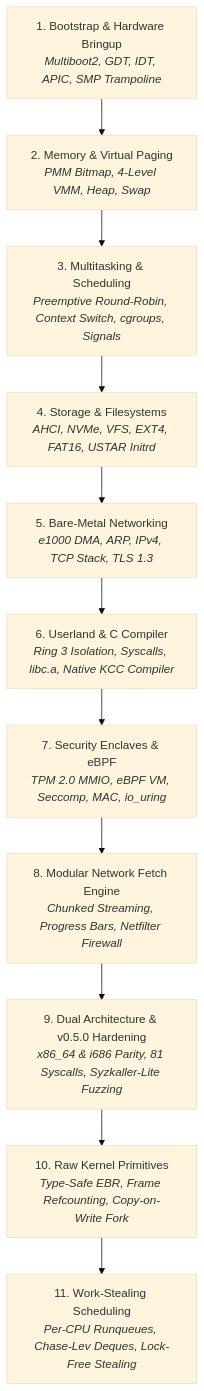
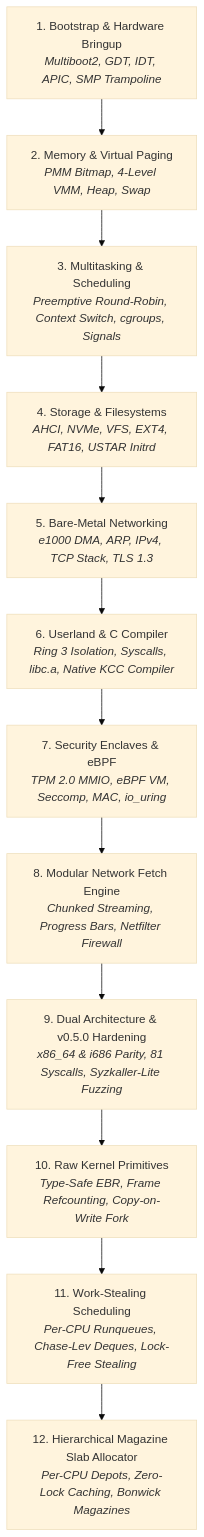
The diagram in docs/journey/README.md (mrvlous/keira), drawn with Mermaid (base theme) before and after one commit. The commit also changed other lines of this file and 2 other files, not shown here.

Commit message:
docs: synchronize milestone 12 magazine slab allocator architecture and chapters

````diff
--- a/docs/journey/README.md
+++ b/docs/journey/README.md
@@ -11,13 +11,14 @@
 ```mermaid
 graph TD
     M1["1. Bootstrap & Hardware Bringup<br/><i>Multiboot2, GDT, IDT, APIC, SMP Trampoline</i>"] --> M2["2. Memory & Virtual Paging<br/><i>PMM Bitmap, 4-Level VMM, Heap, Swap</i>"]
     M2 --> M3["3. Multitasking & Scheduling<br/><i>Preemptive Round-Robin, Context Switch, cgroups, Signals</i>"]
     M3 --> M4["4. Storage & Filesystems<br/><i>AHCI, NVMe, VFS, EXT4, FAT16, USTAR Initrd</i>"]
     M4 --> M5["5. Bare-Metal Networking<br/><i>e1000 DMA, ARP, IPv4, TCP Stack, TLS 1.3</i>"]
     M5 --> M6["6. Userland & C Compiler<br/><i>Ring 3 Isolation, Syscalls, libc.a, Native KCC Compiler</i>"]
     M6 --> M7["7. Security Enclaves & eBPF<br/><i>TPM 2.0 MMIO, eBPF VM, Seccomp, MAC, io_uring</i>"]
     M7 --> M8["8. Modular Network Fetch Engine<br/><i>Chunked Streaming, Progress Bars, Netfilter Firewall</i>"]
     M8 --> M9["9. Dual Architecture & v0.5.0 Hardening<br/><i>x86_64 & i686 Parity, 81 Syscalls, Syzkaller-Lite Fuzzing</i>"]
     M9 --> M10["10. Raw Kernel Primitives<br/><i>Type-Safe EBR, Frame Refcounting, Copy-on-Write Fork</i>"]
     M10 --> M11["11. Work-Stealing Scheduling<br/><i>Per-CPU Runqueues, Chase-Lev Deques, Lock-Free Stealing</i>"]
+    M11 --> M12["12. Hierarchical Magazine Slab Allocator<br/><i>Per-CPU Depots, Zero-Lock Caching, Bonwick Magazines</i>"]
 ```
````
